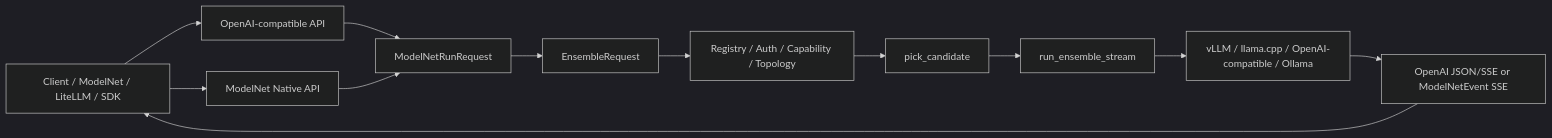
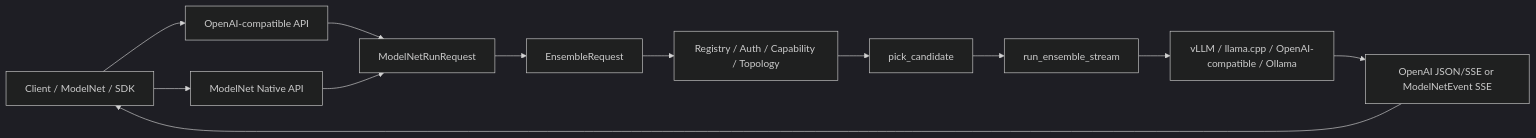
Before and after one commit to WNDS-JNU/ModelNet-Toc: the diagram in docs/modelnet-gateway-code-overview.md, drawn with Mermaid (dark theme). The commit also changed 31 other files, not shown here.

Commit message:
refactor: retire LiteLLM from ModelNet dev stack

````diff
--- a/docs/modelnet-gateway-code-overview.md
+++ b/docs/modelnet-gateway-code-overview.md
@@ -14,25 +14,25 @@
 ```mermaid
 flowchart LR
-    Client["Client / ModelNet / LiteLLM / SDK"]
+    Client["Client / ModelNet / SDK"]
     OpenAI["OpenAI-compatible API"]
     Native["ModelNet Native API"]
     IR["ModelNetRunRequest"]
     Ensemble["EnsembleRequest"]
     Control["Registry / Auth / Capability / Topology"]
     Router["pick_candidate"]
     Runner["run_ensemble_stream"]
     Backend["vLLM / llama.cpp / OpenAI-compatible / Ollama"]
     Event["OpenAI JSON/SSE or ModelNetEvent SSE"]
 
     Client --> OpenAI
     Client --> Native
     OpenAI --> IR
     Native --> IR
     IR --> Ensemble
     Ensemble --> Control
     Control --> Router
     Router --> Runner
     Runner --> Backend
     Backend --> Event
     Event --> Client
 ```
````
